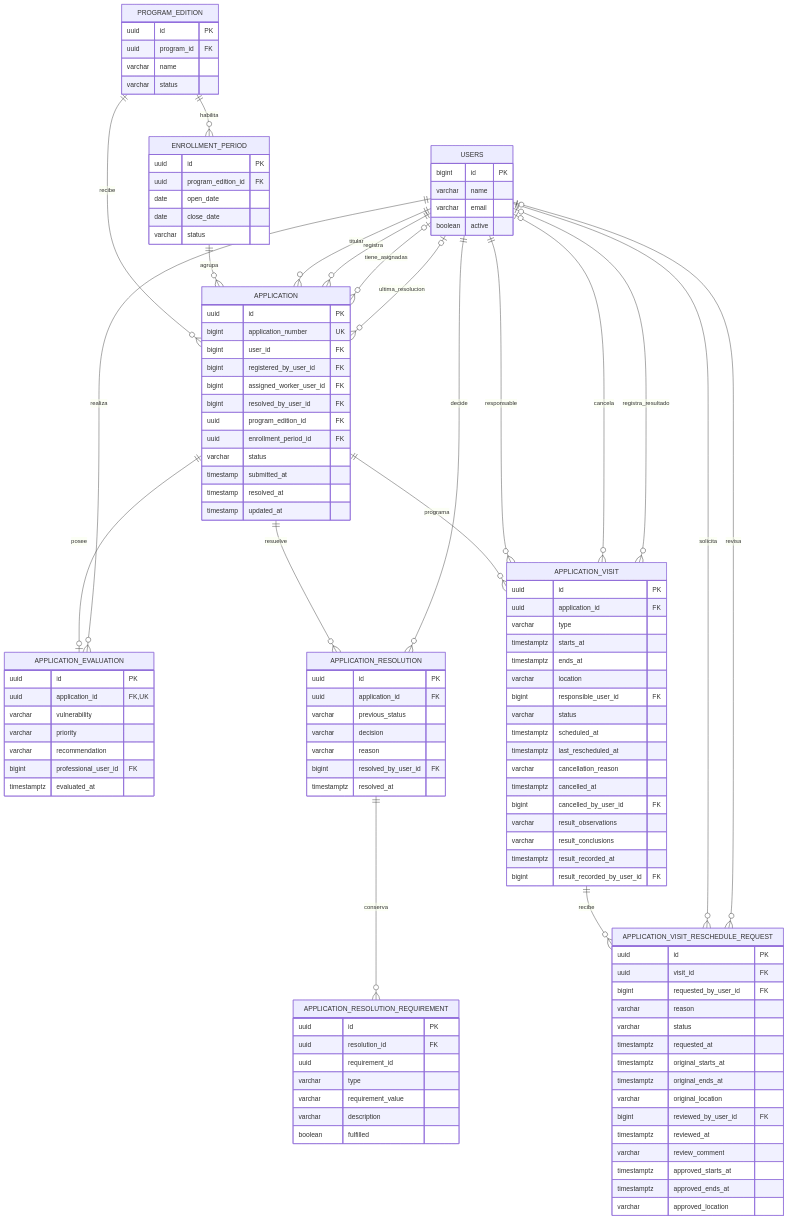
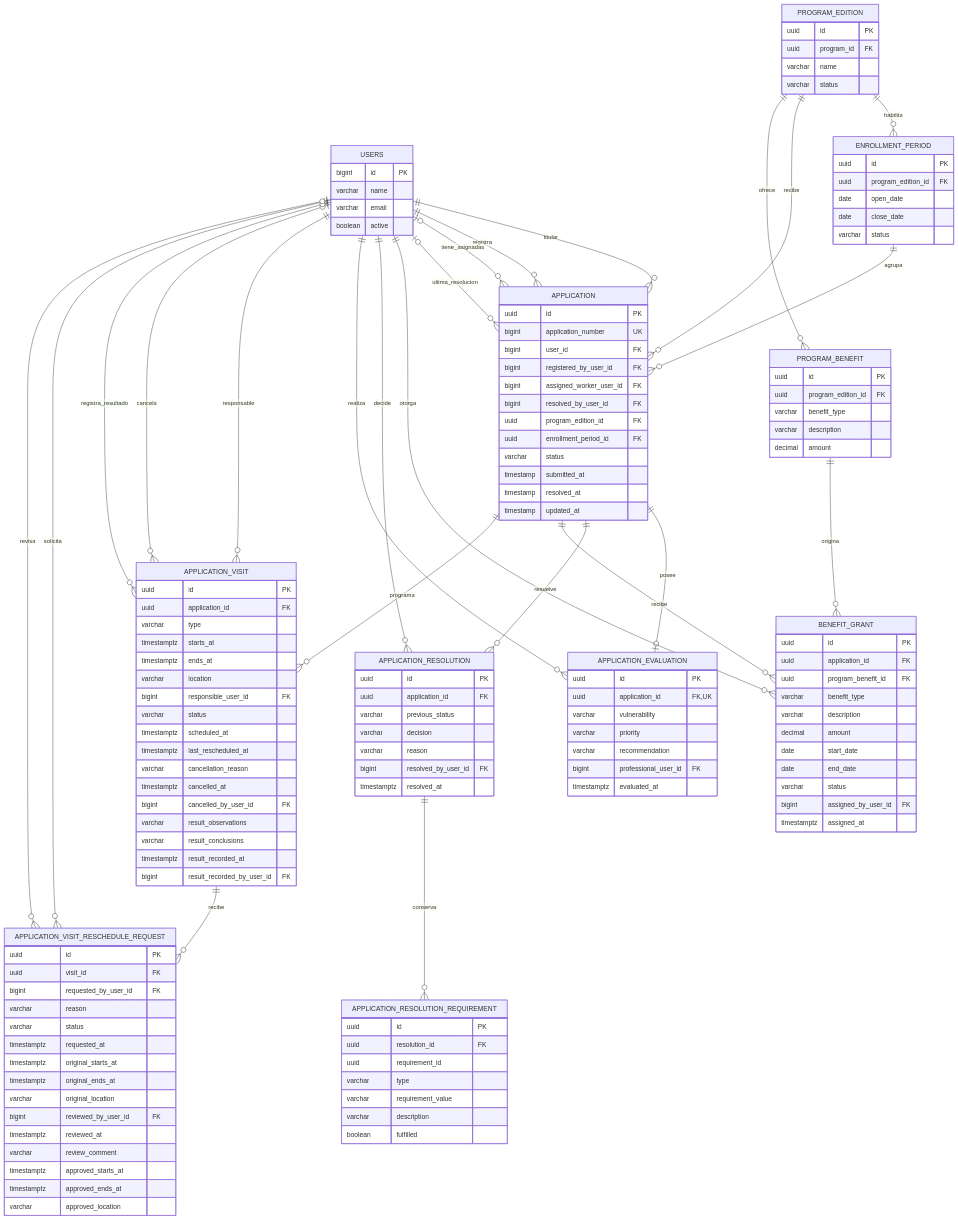
One commit to DDA2-UADE-2026/uade-DDA2-monorepo changed the diagram in server/docs/database/social-development-entity-diagram.md. Above: the diagram before and after it, drawn with Mermaid. The commit also changed other lines of this file and 30 other files, not shown here.

```diff
--- a/server/docs/database/social-development-entity-diagram.md
+++ b/server/docs/database/social-development-entity-diagram.md
@@ -59,6 +59,28 @@
         varchar reason
         bigint resolved_by_user_id FK
         timestamptz resolved_at
+    }
+
+    BENEFIT_GRANT {
+        uuid id PK
+        uuid application_id FK
+        uuid program_benefit_id FK
+        varchar benefit_type
+        varchar description
+        decimal amount
+        date start_date
+        date end_date
+        varchar status
+        bigint assigned_by_user_id FK
+        timestamptz assigned_at
+    }
+
+    PROGRAM_BENEFIT {
+        uuid id PK
+        uuid program_edition_id FK
+        varchar benefit_type
+        varchar description
+        decimal amount
     }
 
     APPLICATION_RESOLUTION_REQUIREMENT {
@@ -119,6 +141,10 @@
 
     APPLICATION ||--o| APPLICATION_EVALUATION : posee
     APPLICATION ||--o{ APPLICATION_RESOLUTION : resuelve
+    APPLICATION ||--o{ BENEFIT_GRANT : recibe
+    PROGRAM_EDITION ||--o{ PROGRAM_BENEFIT : ofrece
+    PROGRAM_BENEFIT ||--o{ BENEFIT_GRANT : origina
+    USERS ||--o{ BENEFIT_GRANT : otorga
     USERS ||--o{ APPLICATION_RESOLUTION : decide
     APPLICATION_RESOLUTION ||--o{ APPLICATION_RESOLUTION_REQUIREMENT : conserva
     USERS ||--o{ APPLICATION_EVALUATION : realiza
```
